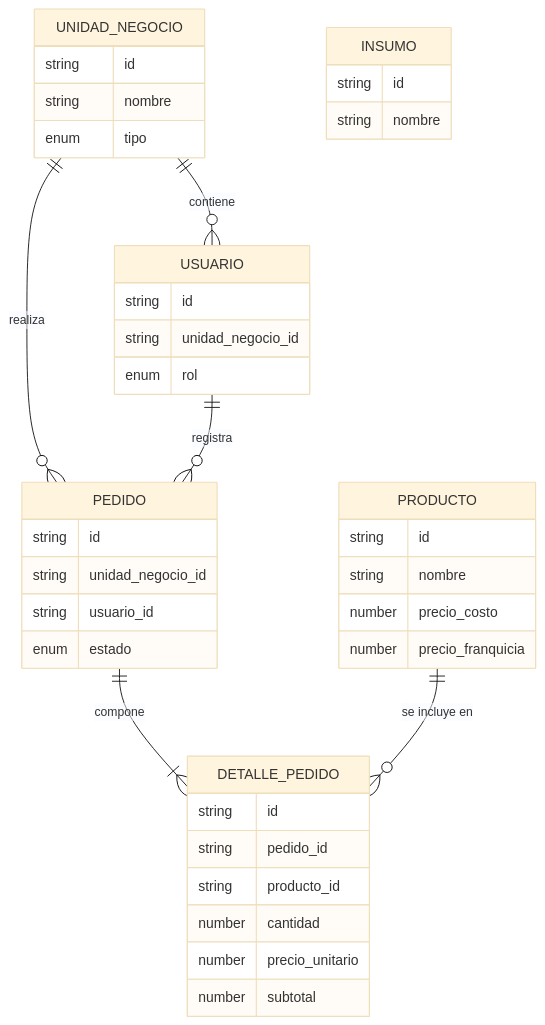
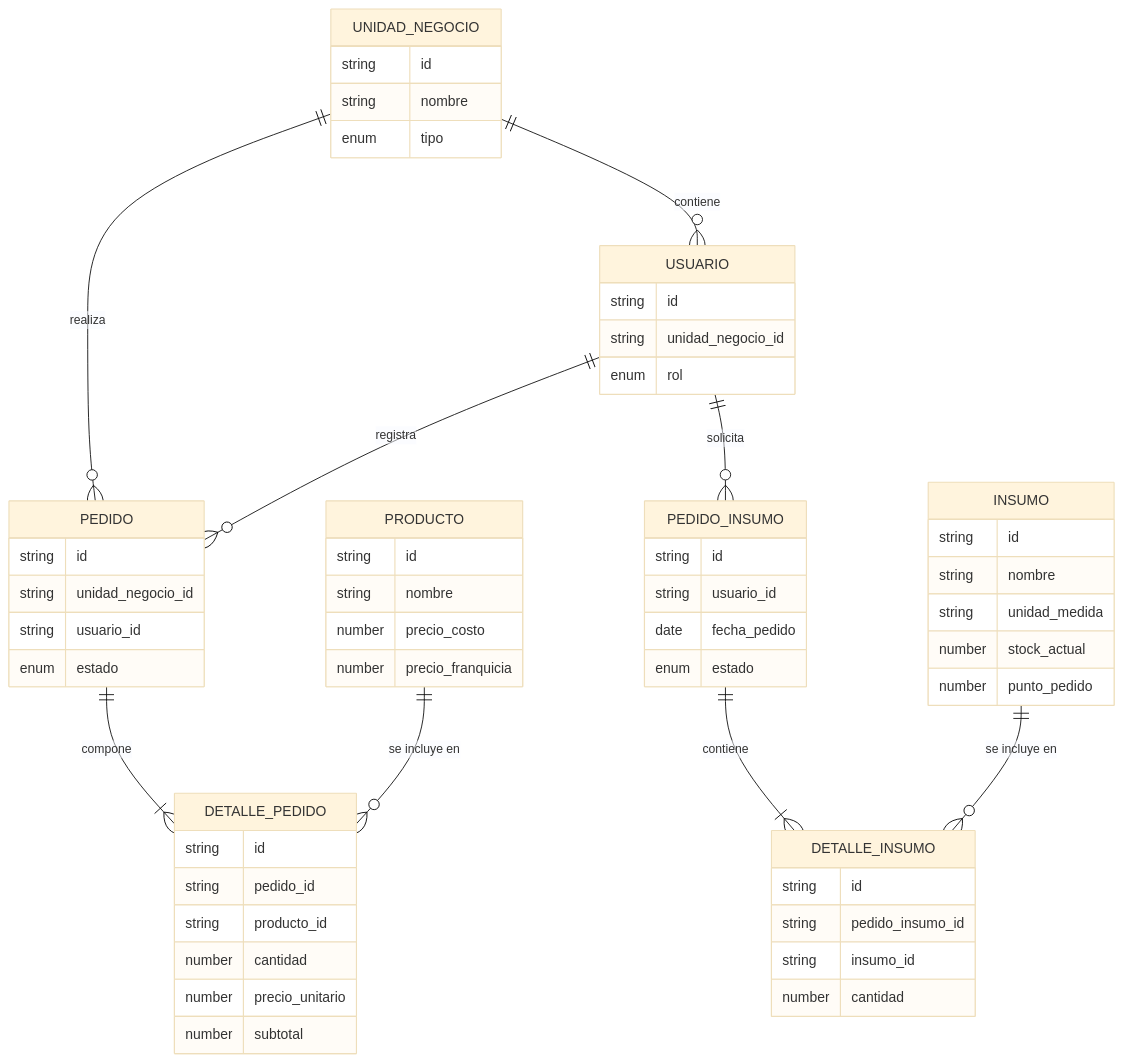
Before and after one commit to matias-estanqueiro/backend-panificadora: the diagram in docs/doc_tecnica_funcional.md, drawn with Mermaid (base theme). The commit also changed other lines of this file, not shown here.

````diff
--- a/docs/doc_tecnica_funcional.md
+++ b/docs/doc_tecnica_funcional.md
@@ -183,44 +150,69 @@
 ```mermaid
 erDiagram
-
     UNIDAD_NEGOCIO ||--o{ USUARIO : "contiene"
     UNIDAD_NEGOCIO ||--o{ PEDIDO : "realiza"
     USUARIO ||--o{ PEDIDO : "registra"
     PEDIDO ||--|{ DETALLE_PEDIDO : "compone"
     PRODUCTO ||--o{ DETALLE_PEDIDO : "se incluye en"
-    INSUMO {
-        string id
-        string nombre
-    }
+    
+    USUARIO ||--o{ PEDIDO_INSUMO : "solicita"
+    PEDIDO_INSUMO ||--|{ DETALLE_INSUMO : "contiene"
+    INSUMO ||--o{ DETALLE_INSUMO : "se incluye en"
 
     UNIDAD_NEGOCIO {
         string id
         string nombre
         enum tipo
     }
+    
     USUARIO {
         string id
         string unidad_negocio_id
         enum rol
     }
+
+    PRODUCTO {
+        string id
+        string nombre
+        number precio_costo
+        number precio_franquicia
+    }
+
     PEDIDO {
         string id
         string unidad_negocio_id
         string usuario_id
         enum estado
     }
-    PRODUCTO {
-        string id
-        string nombre
-        number precio_costo
-        number precio_franquicia
-    }
+
     DETALLE_PEDIDO {
         string id
         string pedido_id
         string producto_id
         number cantidad
         number precio_unitario
         number subtotal
     }
+
+    INSUMO {
+        string id
+        string nombre
+        string unidad_medida
+        number stock_actual
+        number punto_pedido
+    }
+
+    PEDIDO_INSUMO {
+        string id
+        string usuario_id
+        date fecha_pedido
+        enum estado
+    }
+
+    DETALLE_INSUMO {
+        string id
+        string pedido_insumo_id
+        string insumo_id
+        number cantidad
+    }
 ```
````
